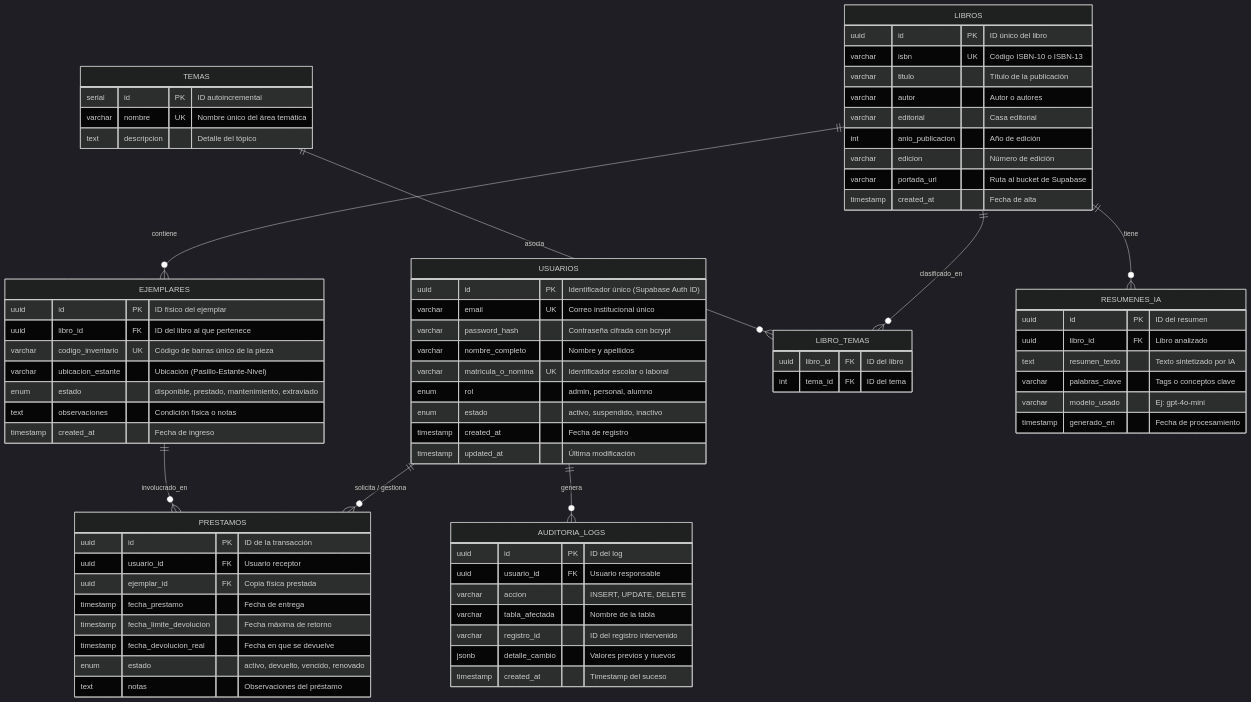
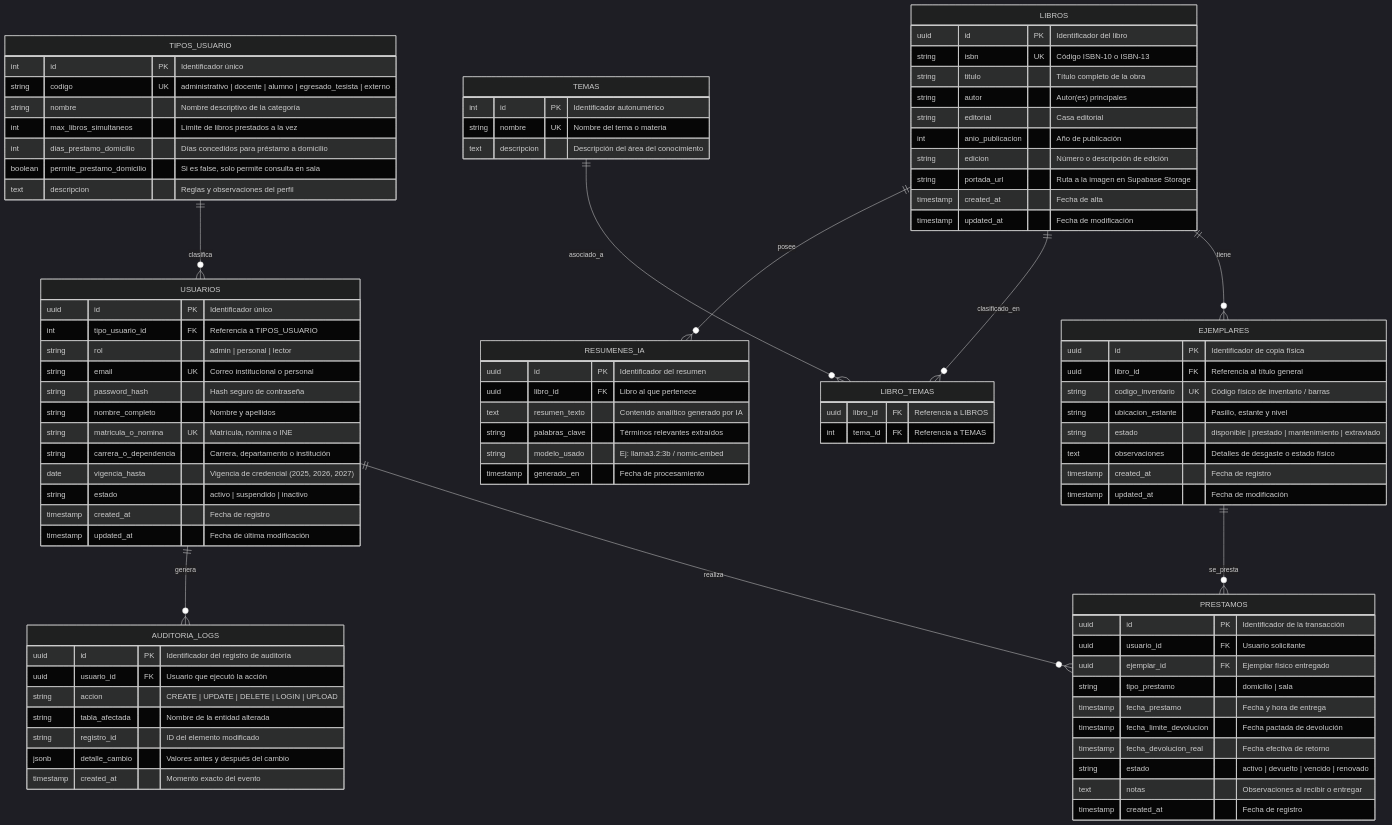
The diagram in docs/DOCUMENTO_ARQUITECTURA_Y_ER.md (kishirukito/Sistema_de_Acervo), drawn with Mermaid (dark theme) before and after one commit. The commit also changed other lines of this file and 319 other files, not shown here.

Commit message:
feat: integracion de base de datos Supabase en prestamos, reportes SIABUC y busqueda insensible a acentos

````diff
--- a/docs/DOCUMENTO_ARQUITECTURA_Y_ER.md
+++ b/docs/DOCUMENTO_ARQUITECTURA_Y_ER.md
@@ -59,85 +69,104 @@
 ```mermaid
 erDiagram
-    USUARIOS ||--o{ PRESTAMOS : "solicita / gestiona"
+    TIPOS_USUARIO ||--o{ USUARIOS : "clasifica"
+    USUARIOS ||--o{ PRESTAMOS : "realiza"
     USUARIOS ||--o{ AUDITORIA_LOGS : "genera"
-    LIBROS ||--o{ EJEMPLARES : "contiene"
+    LIBROS ||--o{ EJEMPLARES : "tiene"
     LIBROS ||--o{ LIBRO_TEMAS : "clasificado_en"
-    TEMAS ||--o{ LIBRO_TEMAS : "asocia"
-    LIBROS ||--o{ RESUMENES_IA : "tiene"
-    EJEMPLARES ||--o{ PRESTAMOS : "involucrado_en"
+    TEMAS ||--o{ LIBRO_TEMAS : "asociado_a"
+    LIBROS ||--o{ RESUMENES_IA : "posee"
+    EJEMPLARES ||--o{ PRESTAMOS : "se_presta"
+
+    TIPOS_USUARIO {
+        int id PK "Identificador único"
+        string codigo UK "administrativo | docente | alumno | egresado_tesista | externo"
+        string nombre "Nombre descriptivo de la categoría"
+        int max_libros_simultaneos "Límite de libros prestados a la vez"
+        int dias_prestamo_domicilio "Días concedidos para préstamo a domicilio"
+        boolean permite_prestamo_domicilio "Si es false, solo permite consulta en sala"
+        text descripcion "Reglas y observaciones del perfil"
+    }
 
     USUARIOS {
-        uuid id PK "Identificador único (Supabase Auth ID)"
-        varchar email UK "Correo institucional único"
-        varchar password_hash "Contraseña cifrada con bcrypt"
-        varchar nombre_completo "Nombre y apellidos"
-        varchar matricula_o_nomina UK "Identificador escolar o laboral"
-        enum rol "admin, personal, alumno"
-        enum estado "activo, suspendido, inactivo"
+        uuid id PK "Identificador único"
+        int tipo_usuario_id FK "Referencia a TIPOS_USUARIO"
+        string rol "admin | personal | lector"
+        string email UK "Correo institucional o personal"
+        string password_hash "Hash seguro de contraseña"
+        string nombre_completo "Nombre y apellidos"
+        string matricula_o_nomina UK "Matrícula, nómina o INE"
+        string carrera_o_dependencia "Carrera, departamento o institución"
+        date vigencia_hasta "Vigencia de credencial (2025, 2026, 2027)"
+        string estado "activo | suspendido | inactivo"
         timestamp created_at "Fecha de registro"
-        timestamp updated_at "Última modificación"
+        timestamp updated_at "Fecha de última modificación"
     }
 
+
     TEMAS {
-        serial id PK "ID autoincremental"
-        varchar nombre UK "Nombre único del área temática"
-        text descripcion "Detalle del tópico"
+        int id PK "Identificador autonumérico"
+        string nombre UK "Nombre del tema o materia"
+        text descripcion "Descripción del área del conocimiento"
     }
 
     LIBROS {
-        uuid id PK "ID único del libro"
-        varchar isbn UK "Código ISBN-10 o ISBN-13"
-        varchar titulo "Título de la publicación"
-        varchar autor "Autor o autores"
-        varchar editorial "Casa editorial"
-        int anio_publicacion "Año de edición"
-        varchar edicion "Número de edición"
-        varchar portada_url "Ruta al bucket de Supabase"
+        uuid id PK "Identificador del libro"
+        string isbn UK "Código ISBN-10 o ISBN-13"
+        string titulo "Título completo de la obra"
+        string autor "Autor(es) principales"
+        string editorial "Casa editorial"
+        int anio_publicacion "Año de publicación"
+        string edicion "Número o descripción de edición"
+        string portada_url "Ruta a la imagen en Supabase Storage"
         timestamp created_at "Fecha de alta"
+        timestamp updated_at "Fecha de modificación"
     }
 
     LIBRO_TEMAS {
-        uuid libro_id FK "ID del libro"
-        int tema_id FK "ID del tema"
+        uuid libro_id FK "Referencia a LIBROS"
+        int tema_id FK "Referencia a TEMAS"
     }
 
     EJEMPLARES {
-        uuid id PK "ID físico del ejemplar"
-        uuid libro_id FK "ID del libro al que pertenece"
-        varchar codigo_inventario UK "Código de barras único de la pieza"
-        varchar ubicacion_estante "Ubicación (Pasillo-Estante-Nivel)"
-        enum estado "disponible, prestado, mantenimiento, extraviado"
-        text observaciones "Condición física o notas"
-        timestamp created_at "Fecha de ingreso"
+        uuid id PK "Identificador de copia física"
+        uuid libro_id FK "Referencia al título general"
+        string codigo_inventario UK "Código físico de inventario / barras"
+        string ubicacion_estante "Pasillo, estante y nivel"
+        string estado "disponible | prestado | mantenimiento | extraviado"
+        text observaciones "Detalles de desgaste o estado físico"
+        timestamp created_at "Fecha de registro"
+        timestamp updated_at "Fecha de modificación"
     }
 
     PRESTAMOS {
-        uuid id PK "ID de la transacción"
-        uuid usuario_id FK "Usuario receptor"
-        uuid ejemplar_id FK "Copia física prestada"
-        timestamp fecha_prestamo "Fecha de entrega"
-        timestamp fecha_limite_devolucion "Fecha máxima de retorno"
-        timestamp fecha_devolucion_real "Fecha en que se devuelve"
-        enum estado "activo, devuelto, vencido, renovado"
-        text notas "Observaciones del préstamo"
+        uuid id PK "Identificador de la transacción"
+        uuid usuario_id FK "Usuario solicitante"
+        uuid ejemplar_id FK "Ejemplar físico entregado"
+        string tipo_prestamo "domicilio | sala"
+        timestamp fecha_prestamo "Fecha y hora de entrega"
+        timestamp fecha_limite_devolucion "Fecha pactada de devolución"
+        timestamp fecha_devolucion_real "Fecha efectiva de retorno"
+        string estado "activo | devuelto | vencido | renovado"
+        text notas "Observaciones al recibir o entregar"
+        timestamp created_at "Fecha de registro"
     }
 
     RESUMENES_IA {
-        uuid id PK "ID del resumen"
-        uuid libro_id FK "Libro analizado"
-        text resumen_texto "Texto sintetizado por IA"
-        varchar palabras_clave "Tags o conceptos clave"
-        varchar modelo_usado "Ej: gpt-4o-mini"
+        uuid id PK "Identificador del resumen"
+        uuid libro_id FK "Libro al que pertenece"
+        text resumen_texto "Contenido analítico generado por IA"
+        string palabras_clave "Términos relevantes extraídos"
+        string modelo_usado "Ej: llama3.2:3b / nomic-embed"
         timestamp generado_en "Fecha de procesamiento"
     }
 
     AUDITORIA_LOGS {
-        uuid id PK "ID del log"
-        uuid usuario_id FK "Usuario responsable"
-        varchar accion "INSERT, UPDATE, DELETE"
-        varchar tabla_afectada "Nombre de la tabla"
-        varchar registro_id "ID del registro intervenido"
-        jsonb detalle_cambio "Valores previos y nuevos"
-        timestamp created_at "Timestamp del suceso"
+        uuid id PK "Identificador del registro de auditoría"
+        uuid usuario_id FK "Usuario que ejecutó la acción"
+        string accion "CREATE | UPDATE | DELETE | LOGIN | UPLOAD"
+        string tabla_afectada "Nombre de la entidad alterada"
+        string registro_id "ID del elemento modificado"
+        jsonb detalle_cambio "Valores antes y después del cambio"
+        timestamp created_at "Momento exacto del evento"
     }
 ```
````
